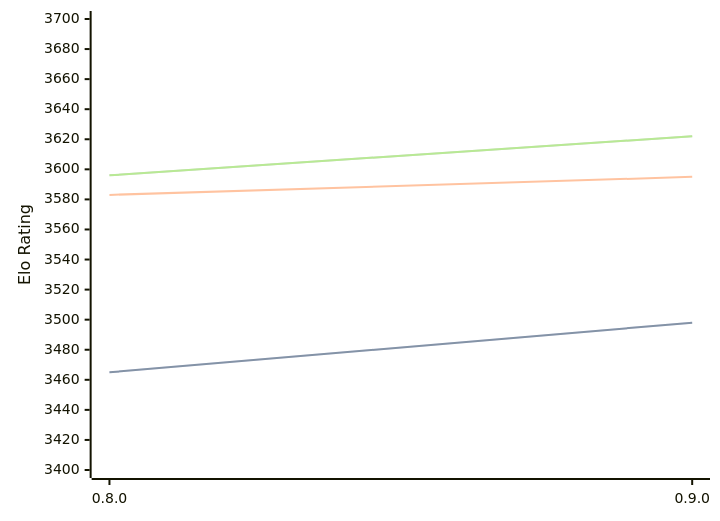
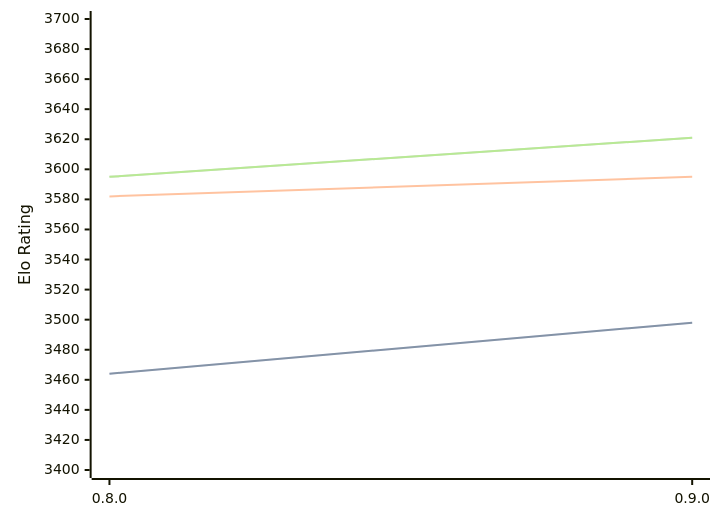
Before and after one commit to computer-chess-index/cci: the diagram in engines/Reckless.md, drawn with Mermaid. The commit also changed other lines of this file, not shown here.

Commit message:
Update CCI Ratings (ELO VLTC) - 2026-03-23

````diff
--- a/engines/Reckless.md
+++ b/engines/Reckless.md
@@ -39,11 +39,11 @@
 ```mermaid
 %%{init: {"theme":"base","themeVariables":{"seriesColors:['#a3a3a3','#222221','#faa371']}}}%%
 xychart-beta
   x-axis ["0.8.0", "0.9.0"]
   y-axis "Elo Rating" 3400 --> 3700
-  line "STC (8.0+0.08s)" [3465, 3498]
-  line "STC (8.0+0.08s)" [3465, 3498]
-  line "LTC (60.0+0.60s)" [3583, 3595]
-  line "VLTC (2m24s+1.12s)" [3596, 3622]
-  line "VLTC (2m24s+1.12s)" [3596, 3622]
+  line "STC (8.0+0.08s)" [3464, 3498]
+  line "STC (8.0+0.08s)" [3464, 3498]
+  line "LTC (60.0+0.60s)" [3582, 3595]
+  line "VLTC (2m24s+1.12s)" [3595, 3621]
+  line "VLTC (2m24s+1.12s)" [3595, 3621]
 ```
````
